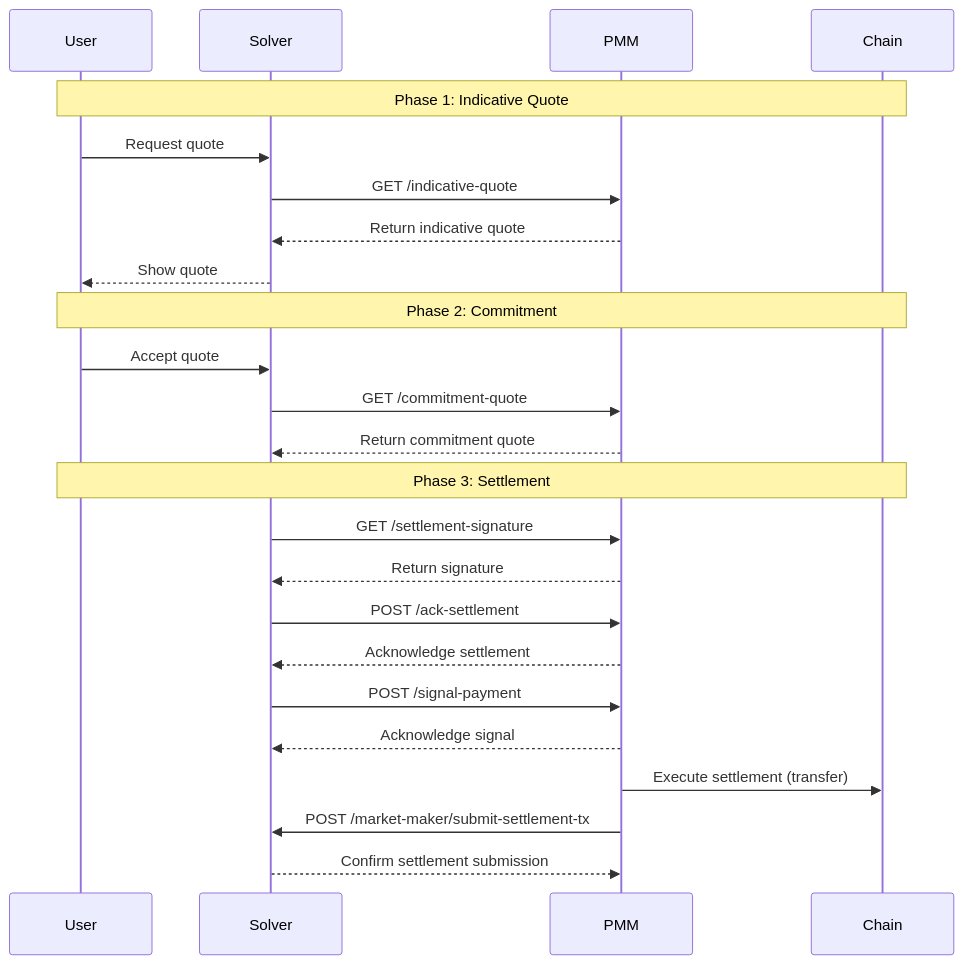
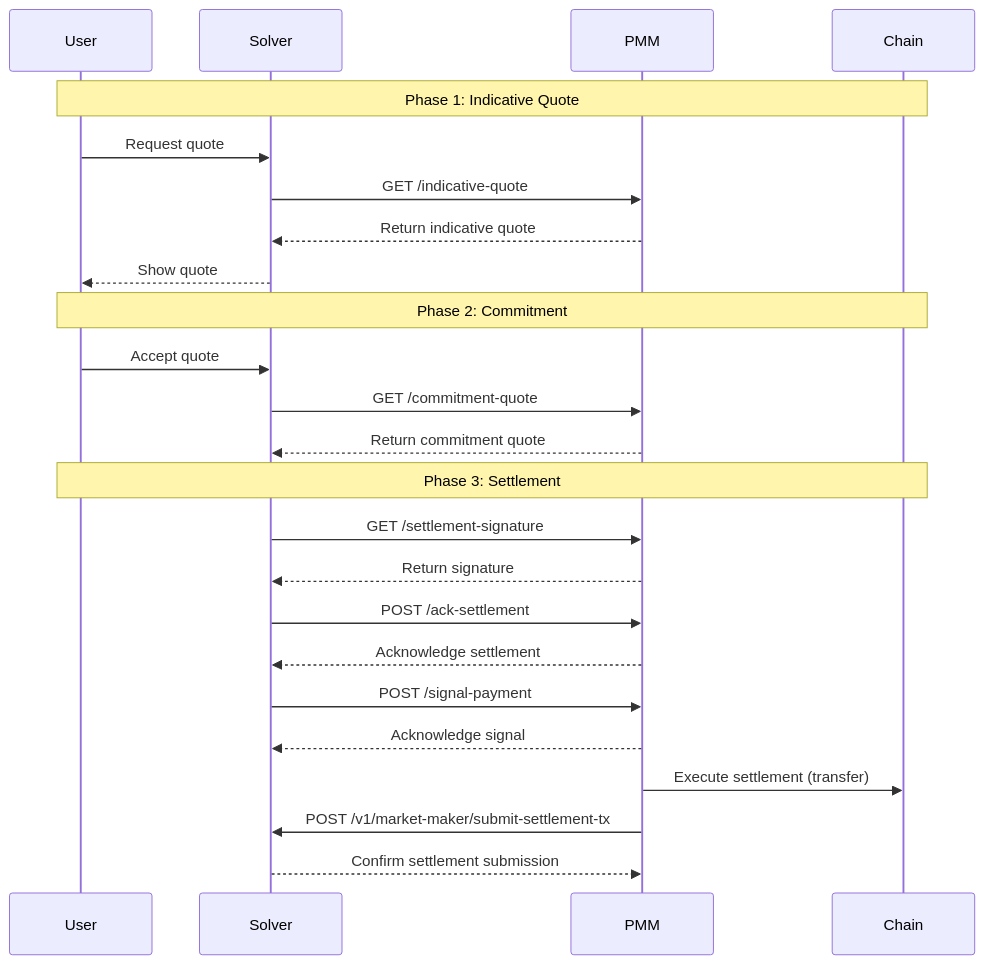
Before and after one commit to optimex-xyz/market-maker-sdk: the diagram in README.md, drawn with Mermaid. The commit also changed other lines of this file and 2 other files, not shown here.

````diff
--- a/README.md
+++ b/README.md
@@ -74,29 +73,29 @@
 ```mermaid
 sequenceDiagram
     participant User
     participant Solver
     participant PMM
     participant Chain
 
     Note over User,Chain: Phase 1: Indicative Quote
     User->>Solver: Request quote
     Solver->>PMM: GET /indicative-quote
     PMM-->>Solver: Return indicative quote
     Solver-->>User: Show quote
 
     Note over User,Chain: Phase 2: Commitment
     User->>Solver: Accept quote
     Solver->>PMM: GET /commitment-quote
     PMM-->>Solver: Return commitment quote
 
     Note over User,Chain: Phase 3: Settlement
     Solver->>PMM: GET /settlement-signature
     PMM-->>Solver: Return signature
     Solver->>PMM: POST /ack-settlement
     PMM-->>Solver: Acknowledge settlement
     Solver->>PMM: POST /signal-payment
     PMM-->>Solver: Acknowledge signal
     PMM->>Chain: Execute settlement (transfer)
-    PMM->>Solver: POST /market-maker/submit-settlement-tx
+    PMM->>Solver: POST /v1/market-maker/submit-settlement-tx
     Solver-->>PMM: Confirm settlement submission
 ```
````
